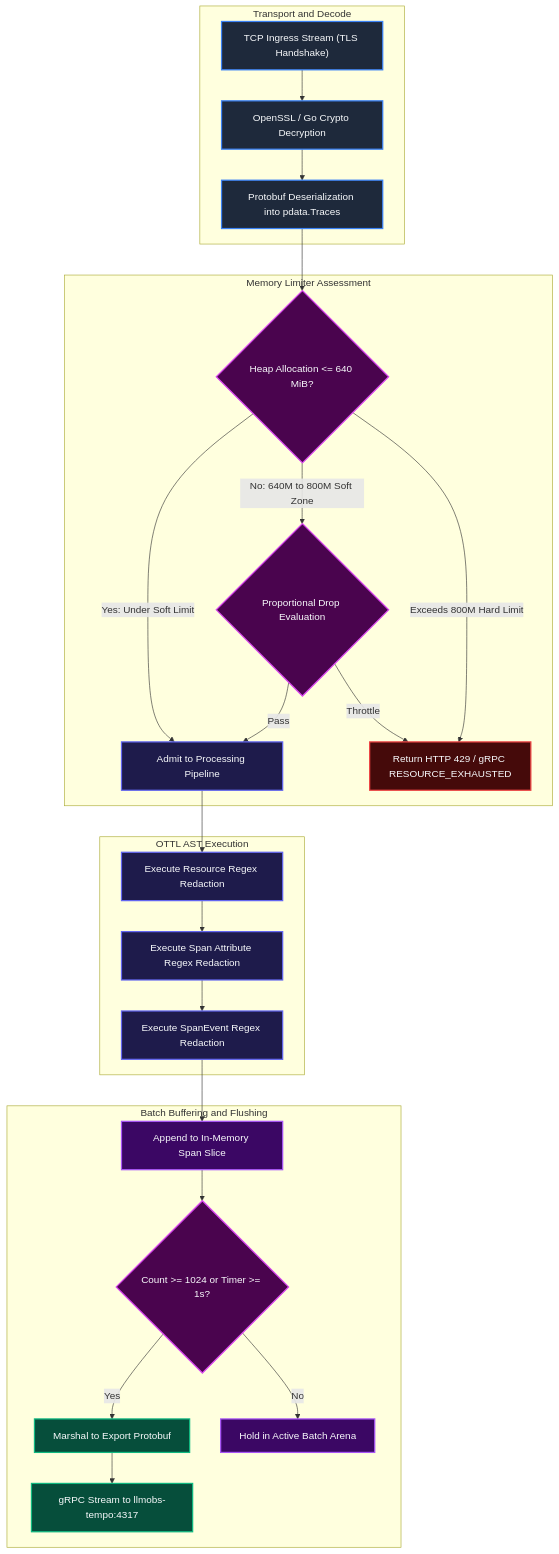
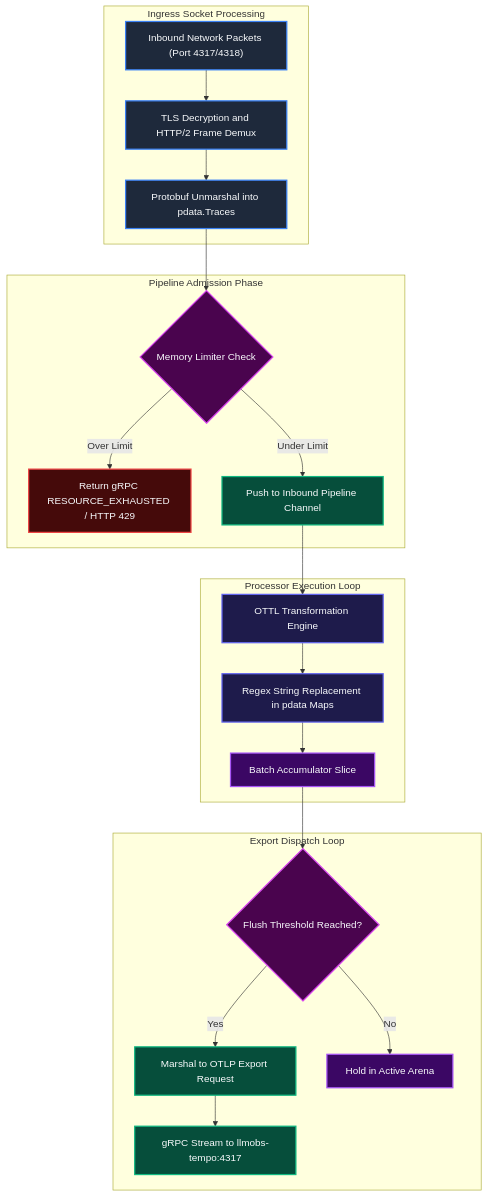
One commit to Chief-Strategist-J/llm-obs-infra changed the second of 22 diagrams in docs/configDoc/otel-collector-configuration-guide.md. Above: the diagram before and after it, drawn with Mermaid. The commit also changed other lines of this file, not shown here.

````diff
--- a/docs/configDoc/otel-collector-configuration-guide.md
+++ b/docs/configDoc/otel-collector-configuration-guide.md
@@ -352,46 +565,40 @@
 ```mermaid
 graph TD
-    subgraph NetworkTransport ["Transport and Decode"]
-        PacketIn["TCP Ingress Stream (TLS Handshake)"] --> DecryptEngine["OpenSSL / Go Crypto Decryption"]
-        DecryptEngine --> ProtoUnpack["Protobuf Deserialization into pdata.Traces"]
+    subgraph SocketRead ["Ingress Socket Processing"]
+        TCPPacket["Inbound Network Packets (Port 4317/4318)"] --> TLSDecrypt["TLS Decryption and HTTP/2 Frame Demux"]
+        TLSDecrypt --> ProtoParse["Protobuf Unmarshal into pdata.Traces"]
     end
 
-    subgraph MemoryGatekeeper ["Memory Limiter Assessment"]
-        ProtoUnpack --> HeapCheck{"Heap Allocation <= 640 MiB?"}
-        HeapCheck -->|Yes: Under Soft Limit| PipelineProcess["Admit to Processing Pipeline"]
-        HeapCheck -->|No: 640M to 800M Soft Zone| ProbDrop{"Proportional Drop Evaluation"}
-        ProbDrop -->|Pass| PipelineProcess
-        ProbDrop -->|Throttle| Reject429["Return HTTP 429 / gRPC RESOURCE_EXHAUSTED"]
-        HeapCheck -->|Exceeds 800M Hard Limit| Reject429
+    subgraph AdmissionGate ["Pipeline Admission Phase"]
+        ProtoParse --> LimiterEval{"Memory Limiter Check"}
+        LimiterEval -->|Over Limit| RejectBackpressure["Return gRPC RESOURCE_EXHAUSTED / HTTP 429"]
+        LimiterEval -->|Under Limit| ChannelPush["Push to Inbound Pipeline Channel"]
     end
 
-    subgraph TransformationEngine ["OTTL AST Execution"]
-        PipelineProcess --> ResRegex["Execute Resource Regex Redaction"]
-        ResRegex --> SpanRegex["Execute Span Attribute Regex Redaction"]
-        SpanRegex --> EventRegex["Execute SpanEvent Regex Redaction"]
+    subgraph ProcessorWorker ["Processor Execution Loop"]
+        ChannelPush --> OTTLWorker["OTTL Transformation Engine"]
+        OTTLWorker --> RegexExec["Regex String Replacement in pdata Maps"]
+        RegexExec --> BatchWorker["Batch Accumulator Slice"]
     end
 
-    subgraph BatchAndDispatch ["Batch Buffering and Flushing"]
-        EventRegex --> BatchBuffer["Append to In-Memory Span Slice"]
-        BatchBuffer --> FlushTrigger{"Count >= 1024 or Timer >= 1s?"}
-        FlushTrigger -->|Yes| MarshalPayload["Marshal to Export Protobuf"]
-        FlushTrigger -->|No| WaitBuffer["Hold in Active Batch Arena"]
-        MarshalPayload --> GRPCStream["gRPC Stream to llmobs-tempo:4317"]
+    subgraph ExportDispatch ["Export Dispatch Loop"]
+        BatchWorker --> FlushTrigger{"Flush Threshold Reached?"}
+        FlushTrigger -->|Yes| MarshalExport["Marshal to OTLP Export Request"]
+        FlushTrigger -->|No| HoldBuffer["Hold in Active Arena"]
+        MarshalExport --> OutboundNet["gRPC Stream to llmobs-tempo:4317"]
     end
 
-    style PacketIn fill:#1e293b,stroke:#3b82f6,stroke-width:2px,color:#f8fafc
-    style DecryptEngine fill:#1e293b,stroke:#3b82f6,stroke-width:2px,color:#f8fafc
-    style ProtoUnpack fill:#1e293b,stroke:#3b82f6,stroke-width:2px,color:#f8fafc
-    style HeapCheck fill:#4a044e,stroke:#d946ef,stroke-width:2px,color:#f8fafc
-    style ProbDrop fill:#4a044e,stroke:#d946ef,stroke-width:2px,color:#f8fafc
-    style Reject429 fill:#450a0a,stroke:#ef4444,stroke-width:2px,color:#f8fafc
-    style PipelineProcess fill:#1e1b4b,stroke:#6366f1,stroke-width:2px,color:#f8fafc
-    style ResRegex fill:#1e1b4b,stroke:#6366f1,stroke-width:2px,color:#f8fafc
-    style SpanRegex fill:#1e1b4b,stroke:#6366f1,stroke-width:2px,color:#f8fafc
-    style EventRegex fill:#1e1b4b,stroke:#6366f1,stroke-width:2px,color:#f8fafc
-    style BatchBuffer fill:#3b0764,stroke:#a855f7,stroke-width:2px,color:#f8fafc
+    style TCPPacket fill:#1e293b,stroke:#3b82f6,stroke-width:2px,color:#f8fafc
+    style TLSDecrypt fill:#1e293b,stroke:#3b82f6,stroke-width:2px,color:#f8fafc
+    style ProtoParse fill:#1e293b,stroke:#3b82f6,stroke-width:2px,color:#f8fafc
+    style LimiterEval fill:#4a044e,stroke:#d946ef,stroke-width:2px,color:#f8fafc
+    style RejectBackpressure fill:#450a0a,stroke:#ef4444,stroke-width:2px,color:#f8fafc
+    style ChannelPush fill:#064e3b,stroke:#10b981,stroke-width:2px,color:#f8fafc
+    style OTTLWorker fill:#1e1b4b,stroke:#6366f1,stroke-width:2px,color:#f8fafc
+    style RegexExec fill:#1e1b4b,stroke:#6366f1,stroke-width:2px,color:#f8fafc
+    style BatchWorker fill:#3b0764,stroke:#a855f7,stroke-width:2px,color:#f8fafc
     style FlushTrigger fill:#4a044e,stroke:#d946ef,stroke-width:2px,color:#f8fafc
-    style WaitBuffer fill:#3b0764,stroke:#a855f7,stroke-width:2px,color:#f8fafc
-    style MarshalPayload fill:#064e3b,stroke:#10b981,stroke-width:2px,color:#f8fafc
-    style GRPCStream fill:#064e3b,stroke:#10b981,stroke-width:2px,color:#f8fafc
+    style HoldBuffer fill:#3b0764,stroke:#a855f7,stroke-width:2px,color:#f8fafc
+    style MarshalExport fill:#064e3b,stroke:#10b981,stroke-width:2px,color:#f8fafc
+    style OutboundNet fill:#064e3b,stroke:#10b981,stroke-width:2px,color:#f8fafc
 ```
````
